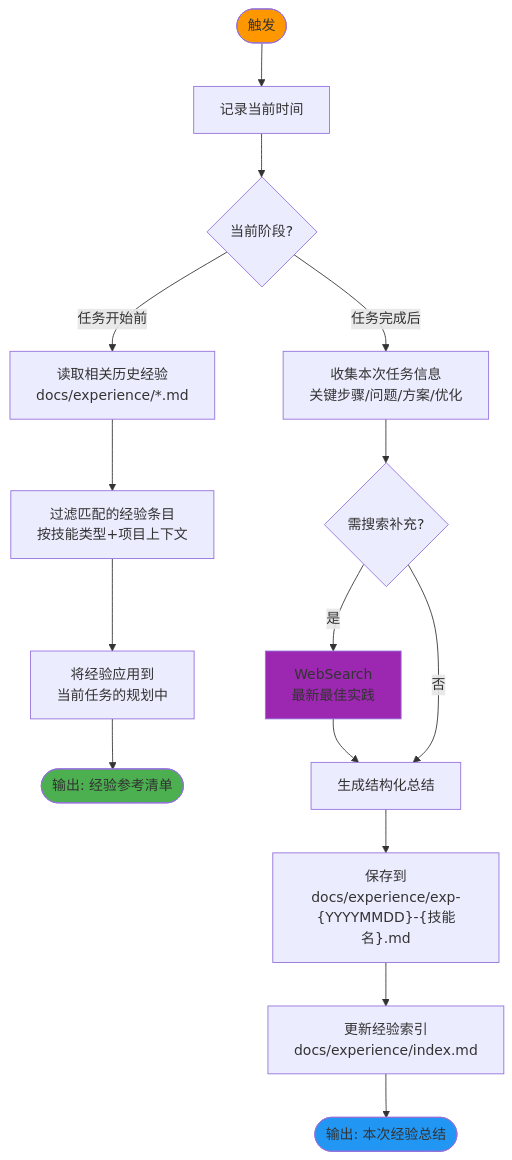
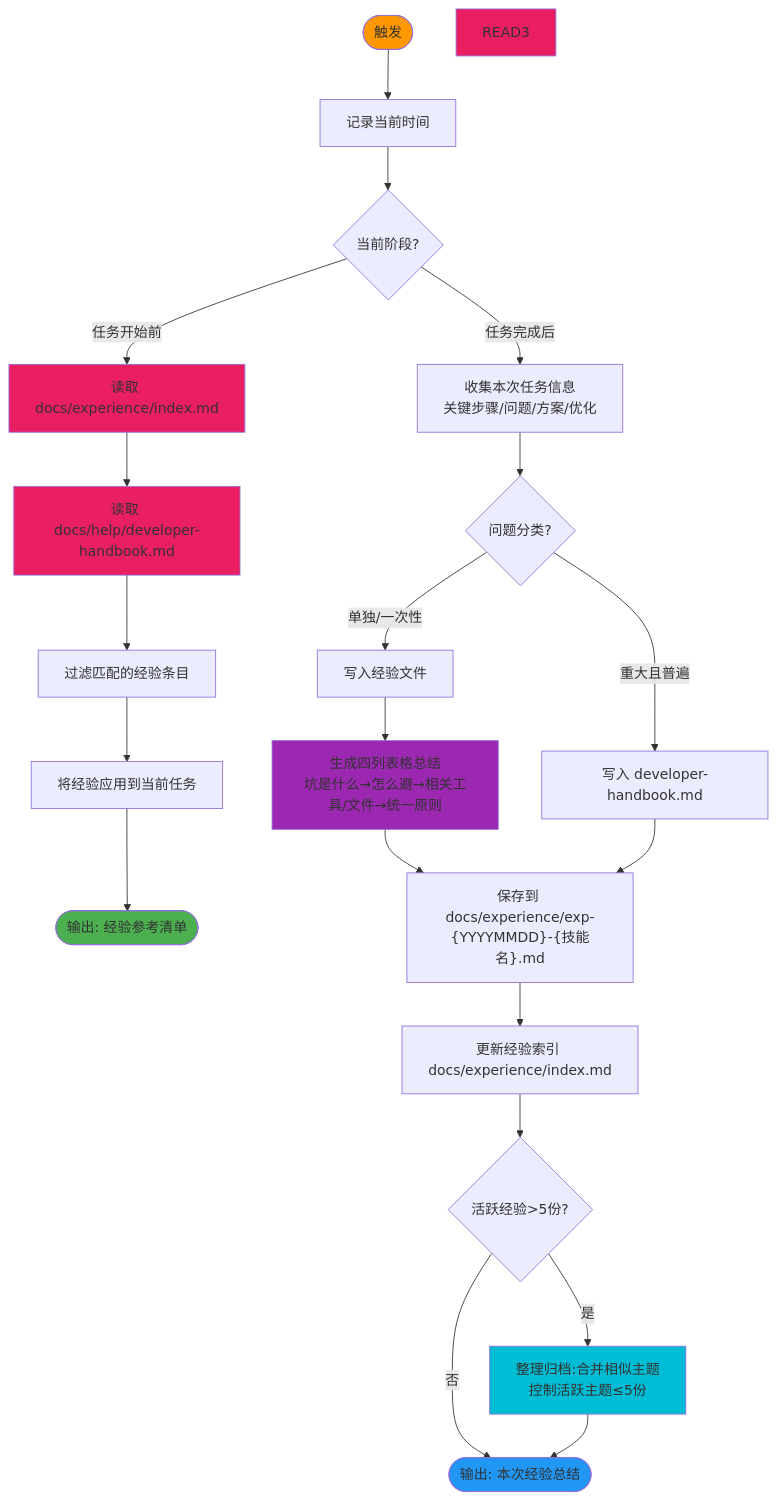
Before and after one commit to supergameboy/TRAE-NEWBEE: the diagram in skills/auto-task-experience-summarizer/SKILL.md, drawn with Mermaid. The commit also changed other lines of this file and 3 other files, not shown here.

````diff
--- a/skills/auto-task-experience-summarizer/SKILL.md
+++ b/skills/auto-task-experience-summarizer/SKILL.md
@@ -11,25 +10,34 @@
 ```mermaid
 flowchart TB
     START(["触发"]) --> TIME["记录当前时间"]
     TIME --> CHECK{"当前阶段?"}
 
-    CHECK -->|任务开始前| READ["读取相关历史经验<br/>docs/experience/*.md"]
-    READ --> FILTER["过滤匹配的经验条目<br/>按技能类型+项目上下文"]
-    FILTER --> APPLY["将经验应用到<br/>当前任务的规划中"]
+    CHECK -->|任务开始前| READ1["读取 docs/experience/index.md"]
+    READ1 --> READ2["读取 docs/help/developer-handbook.md"]
+    READ2 --> FILTER["过滤匹配的经验条目"]
+    FILTER --> APPLY["将经验应用到当前任务"]
     APPLY --> OUTPUT1(["输出: 经验参考清单"])
 
     CHECK -->|任务完成后| COLLECT["收集本次任务信息<br/>关键步骤/问题/方案/优化"]
-    COLLECT --> SEARCH{"需搜索补充?"}
-    SEARCH -->|是| WEB["WebSearch<br/>最新最佳实践"]
-    WEB --> SUMMARIZE
-    SEARCH -->|否| SUMMARIZE["生成结构化总结"]
+    COLLECT --> CLASSIFY{"问题分类?"}
+    CLASSIFY -->|重大且普遍| HANDBOOK["写入 developer-handbook.md"]
+    CLASSIFY -->|单独/一次性| EXPERIENCE["写入经验文件"]
+    EXPERIENCE --> SUMMARIZE["生成四列表格总结<br/>坑是什么→怎么避→相关工具/文件→统一原则"]
+    SUMMARIZE --> SAVE["保存到 docs/experience/exp-{YYYYMMDD}-{技能名}.md"]
+    SAVE --> INDEX["更新经验索引 docs/experience/index.md"]
+    INDEX --> ARCHIVE_CHECK{"活跃经验>5份?"}
+    ARCHIVE_CHECK -->|是| ARCHIVE["整理归档:合并相似主题<br/>控制活跃主题≤5份"]
+    ARCHIVE_CHECK -->|否| OUTPUT2(["输出: 本次经验总结"])
+    ARCHIVE --> OUTPUT2
 
-    SUMMARIZE --> SAVE["保存到<br/>docs/experience/exp-{YYYYMMDD}-{技能名}.md"]
-    SAVE --> INDEX["更新经验索引<br/>docs/experience/index.md"]
-    INDEX --> OUTPUT2(["输出: 本次经验总结"])
+    HANDBOOK --> SAVE
 
     style START fill:#FF9800
     style OUTPUT1 fill:#4CAF50
     style OUTPUT2 fill:#2196F3
-    style WEB fill:#9C27B0
+    style READ1 fill:#E91E63
+    style READ2 fill:#E91E63
+    style READ3 fill:#E91E63
+    style SUMMARIZE fill:#9C27B0
+    style ARCHIVE fill:#00BCD4
 ```
````
